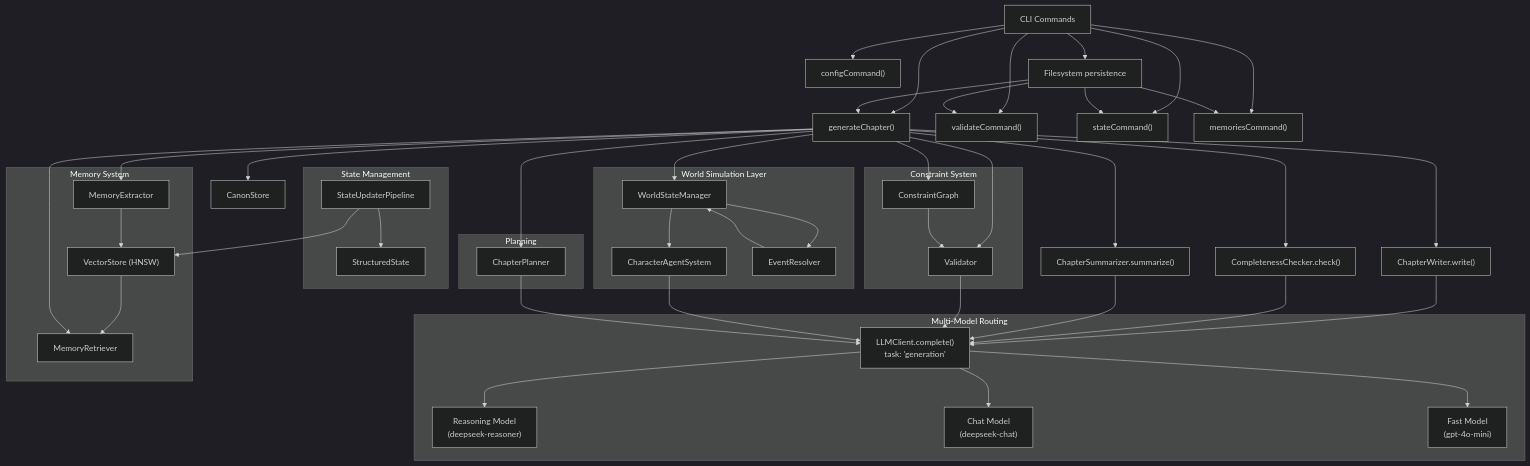
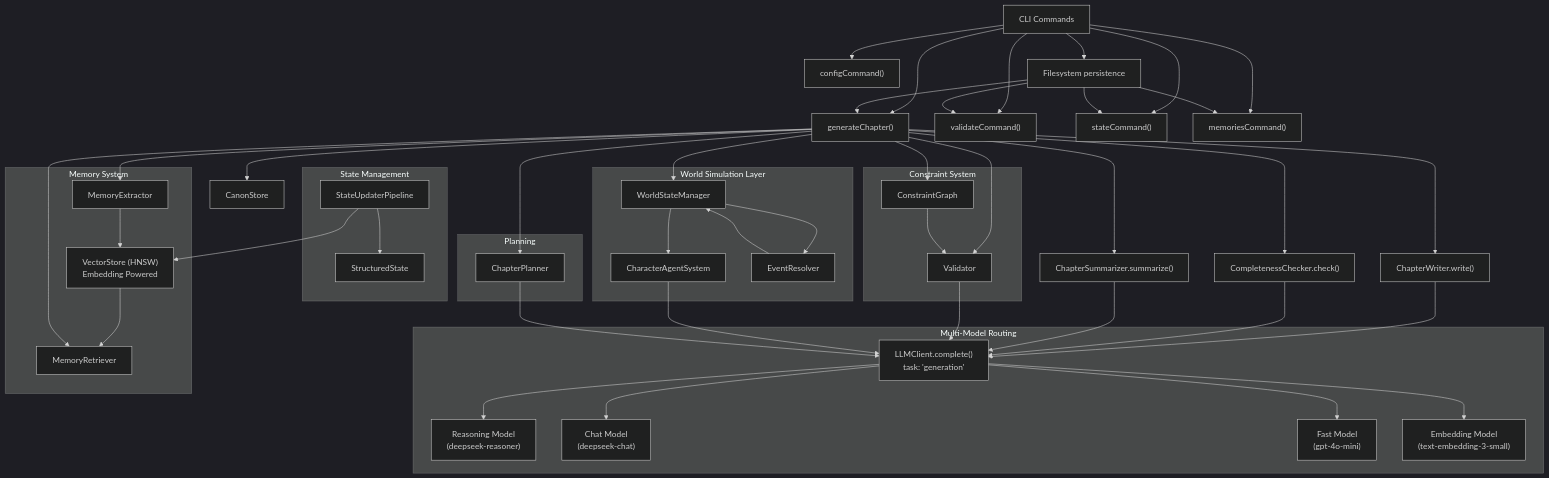
Before and after one commit to liwonder/NARRITIVE_OS: the second of 14 diagrams in .qoder/repowiki/en/content/Engine Architecture/Engine Architecture.md, drawn with Mermaid (dark theme). The commit also changed other lines of this file and 4 other files, not shown here.

Commit message:
wiki and full flow test case

````diff
--- a/.qoder/repowiki/en/content/Engine Architecture/Engine Architecture.md
+++ b/.qoder/repowiki/en/content/Engine Architecture/Engine Architecture.md
@@ -191,63 +193,64 @@
 ```mermaid
 graph TB
 CLI["CLI Commands"] --> Gen["generateChapter()"]
 CLI --> Validate["validateCommand()"]
 CLI --> StateCmd["stateCommand()"]
 CLI --> MemoriesCmd["memoriesCommand()"]
 CLI --> ConfigCmd["configCommand()"]
 Gen --> Writer["ChapterWriter.write()"]
 Gen --> Checker["CompletenessChecker.check()"]
 Gen --> Summarizer["ChapterSummarizer.summarize()"]
 Gen --> Validator["CanonValidator.validate()"]
 Writer --> LLM["LLMClient.complete()<br/>task: 'generation'"]
 Checker --> LLM
 Summarizer --> LLM
 Validator --> LLM
 subgraph "Multi-Model Routing"
 LLM --> Reasoning["Reasoning Model<br/>(deepseek-reasoner)"]
 LLM --> Chat["Chat Model<br/>(deepseek-chat)"]
 LLM --> Fast["Fast Model<br/>(gpt-4o-mini)"]
+LLM --> Embedding["Embedding Model<br/>(text-embedding-3-small)"]
 end
 subgraph "Memory System"
-VectorStore["VectorStore (HNSW)"]
+VectorStore["VectorStore (HNSW)<br/>Embedding Powered"]
 MemoryRetriever["MemoryRetriever"]
 MemoryExtractor["MemoryExtractor"]
 VectorStore --> MemoryRetriever
 MemoryExtractor --> VectorStore
 end
 subgraph "State Management"
 StructuredState["StructuredState"]
 StateUpdater["StateUpdaterPipeline"]
 StateUpdater --> VectorStore
 StateUpdater --> StructuredState
 end
 subgraph "World Simulation Layer"
 WorldState["WorldStateManager"]
 CharacterAgent["CharacterAgentSystem"]
 EventResolver["EventResolver"]
 WorldState --> CharacterAgent
 WorldState --> EventResolver
 CharacterAgent --> LLM
 EventResolver --> WorldState
 end
 subgraph "Constraint System"
 ConstraintGraph["ConstraintGraph"]
 Validator["Validator"]
 ConstraintGraph --> Validator
 end
 subgraph "Planning"
 ChapterPlanner["ChapterPlanner"]
 ChapterPlanner --> LLM
 end
 Gen --> Canon["CanonStore"]
 Gen --> ConstraintGraph
 Gen --> WorldState
 Gen --> ChapterPlanner
 Gen --> MemoryRetriever
 Gen --> MemoryExtractor
 CLI --> Store["Filesystem persistence"]
 Store --> Gen
 Store --> Validate
 Store --> StateCmd
 Store --> MemoriesCmd
 ```
````
